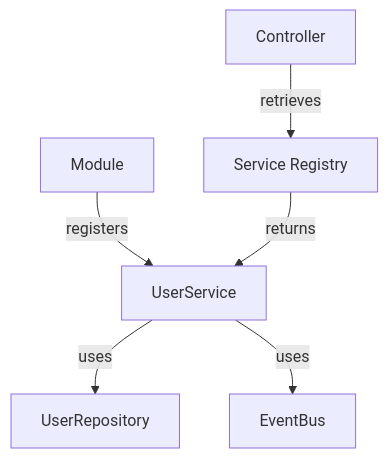
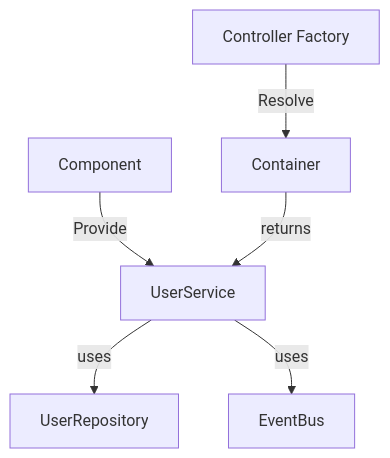
Before and after one commit to iota-uz/iota-sdk: the sixth of 13 diagrams in docs/content/architecture/module-system.mdx, drawn with Mermaid. The commit also changed other lines of this file and 14 other files, not shown here.

````diff
--- a/docs/content/architecture/module-system.mdx
+++ b/docs/content/architecture/module-system.mdx
@@ -149,9 +153,9 @@
 ```mermaid
 graph TB
-    A[Module] -->|registers| B[UserService]
-    C[Controller] -->|retrieves| D[Service Registry]
+    A[Component] -->|Provide| B[UserService]
+    C[Controller Factory] -->|Resolve| D[Container]
     D -->|returns| B
     
     B -->|uses| E[UserRepository]
     B -->|uses| F[EventBus]
 ```
````
